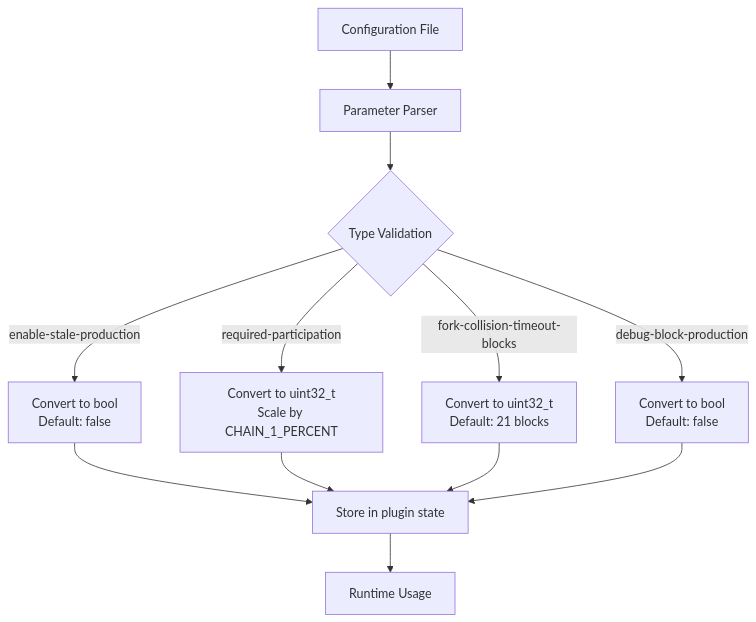
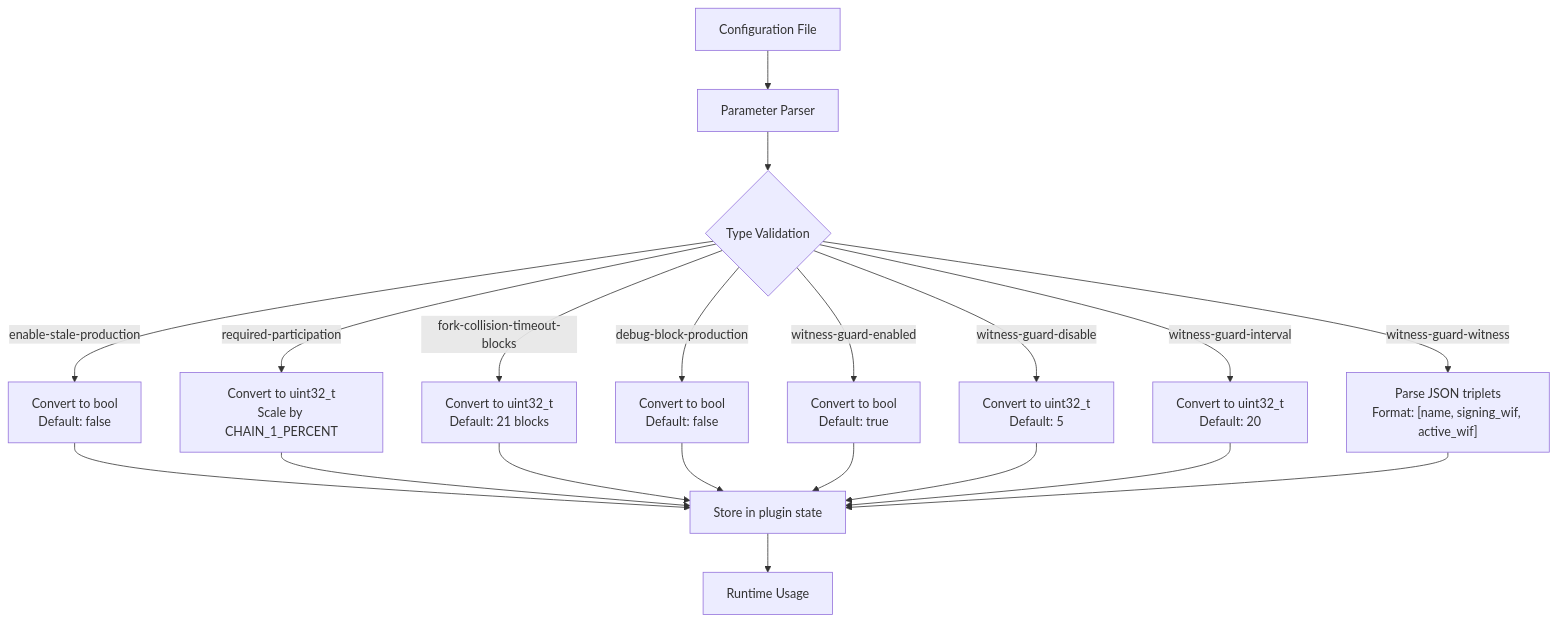
One commit to VIZ-Blockchain/viz-cpp-node changed the third of 8 diagrams in .qoder/repowiki/en/content/Witness.md. Above: the diagram before and after it, drawn with Mermaid. The commit also changed other lines of this file and 4 other files, not shown here.

````diff
--- a/.qoder/repowiki/en/content/Witness.md
+++ b/.qoder/repowiki/en/content/Witness.md
@@ -303,14 +378,22 @@
 ```mermaid
 flowchart TD
 Config["Configuration File"] --> Parser["Parameter Parser"]
 Parser --> TypeCheck{"Type Validation"}
 TypeCheck --> |enable-stale-production| BoolConvert["Convert to bool<br/>Default: false"]
 TypeCheck --> |required-participation| IntConvert["Convert to uint32_t<br/>Scale by CHAIN_1_PERCENT"]
 TypeCheck --> |fork-collision-timeout-blocks| TimeoutConvert["Convert to uint32_t<br/>Default: 21 blocks"]
 TypeCheck --> |debug-block-production| DebugConvert["Convert to bool<br/>Default: false"]
+TypeCheck --> |witness-guard-enabled| GuardEnabled["Convert to bool<br/>Default: true"]
+TypeCheck --> |witness-guard-disable| DisableConvert["Convert to uint32_t<br/>Default: 5"]
+TypeCheck --> |witness-guard-interval| IntervalConvert["Convert to uint32_t<br/>Default: 20"]
+TypeCheck --> |witness-guard-witness| WitnessArray["Parse JSON triplets<br/>Format: [name, signing_wif, active_wif]"]
 BoolConvert --> Storage["Store in plugin state"]
 IntConvert --> Storage
 TimeoutConvert --> Storage
 DebugConvert --> Storage
+GuardEnabled --> Storage
+DisableConvert --> Storage
+IntervalConvert --> Storage
+WitnessArray --> Storage
 Storage --> Runtime["Runtime Usage"]
 ```
````
